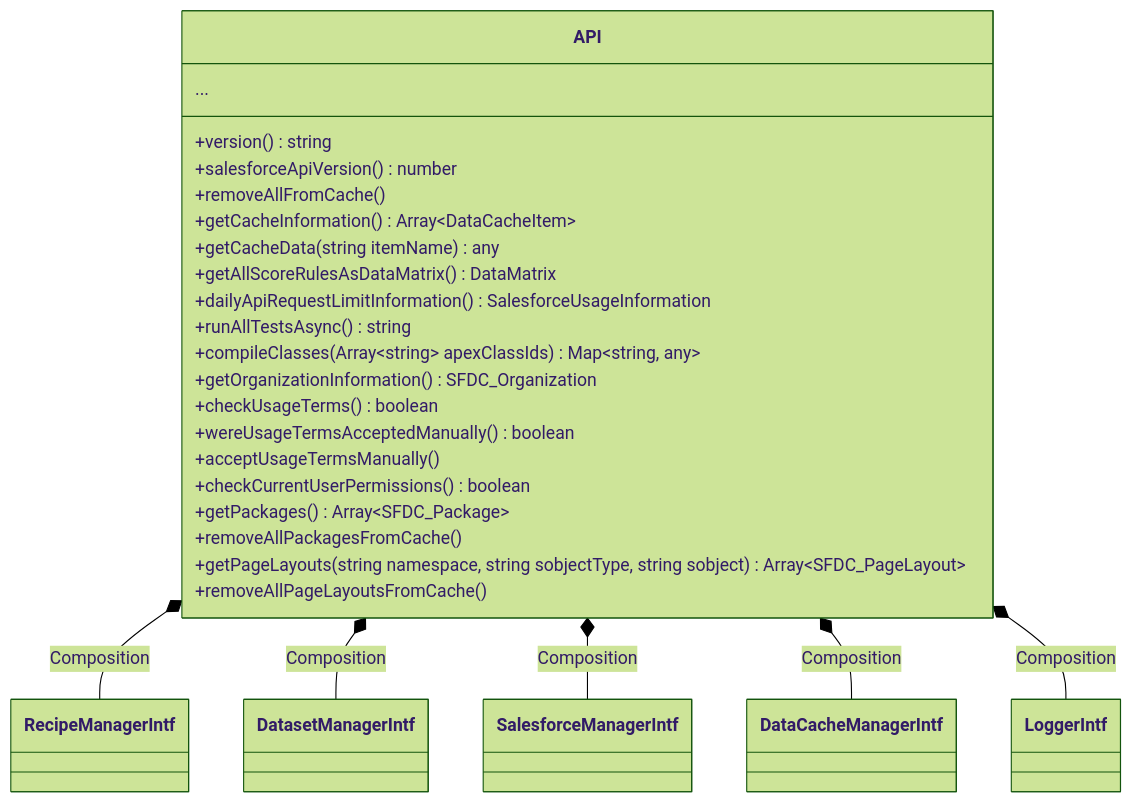
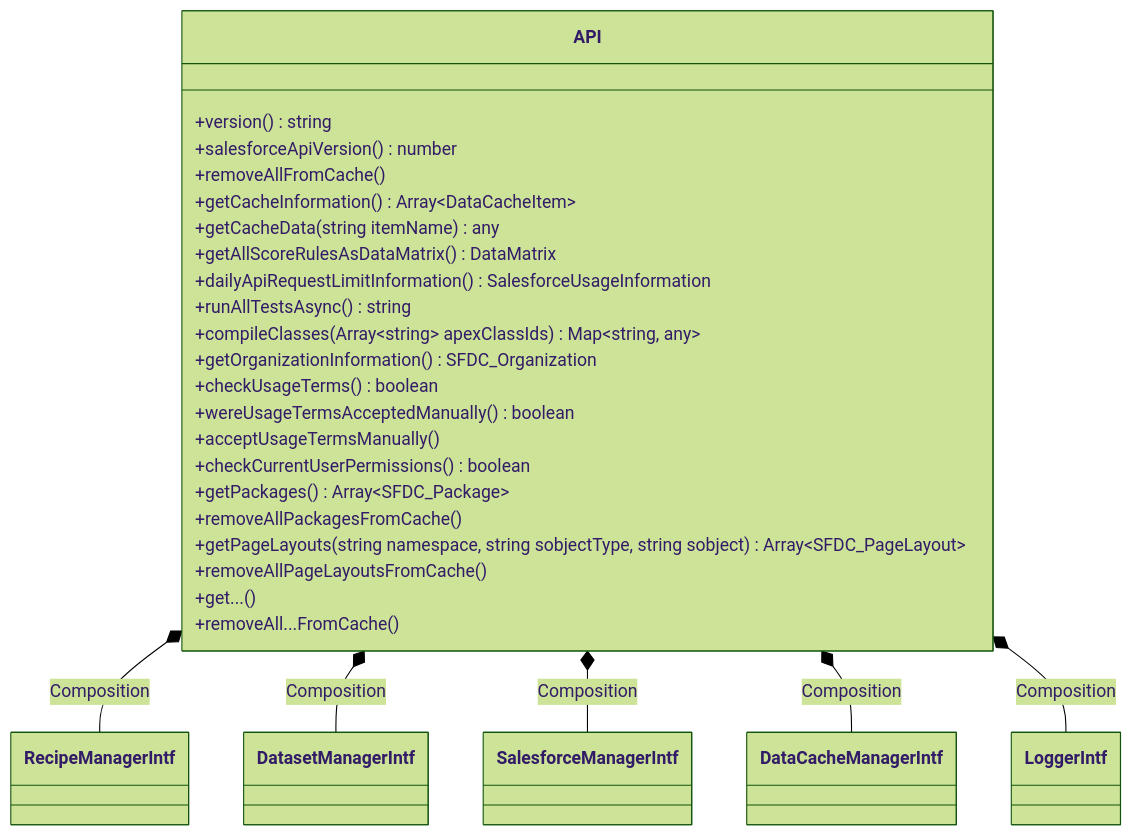
The first of 2 diagrams in docs/index8.classdiagram.md (SalesforceLabs/OrgCheck), drawn with Mermaid (forest theme) before and after one commit.

Commit message:
Update class diagram with new methods

````diff
--- a/docs/index8.classdiagram.md
+++ b/docs/index8.classdiagram.md
@@ -17,30 +17,31 @@
 ```mermaid
 classDiagram
     class API {
         +version() string
         +salesforceApiVersion() number
         +removeAllFromCache()
         +getCacheInformation() Array~DataCacheItem~
         +getCacheData(string itemName) any
         +getAllScoreRulesAsDataMatrix() DataMatrix
         +dailyApiRequestLimitInformation() SalesforceUsageInformation
         +runAllTestsAsync() string
         +compileClasses(Array~string~ apexClassIds) Map~string, any~
         +getOrganizationInformation() SFDC_Organization
         +checkUsageTerms() boolean
         +wereUsageTermsAcceptedManually() boolean
         +acceptUsageTermsManually()
         +checkCurrentUserPermissions() boolean
         +getPackages() Array~SFDC_Package~
         +removeAllPackagesFromCache()
         +getPageLayouts(string namespace, string sobjectType, string sobject) Array~SFDC_PageLayout~
         +removeAllPageLayoutsFromCache()
-        ...
+        +get...()
+        +removeAll...FromCache()
     }
 
 API *-- RecipeManagerIntf : Composition
 API *-- DatasetManagerIntf : Composition
 API *-- SalesforceManagerIntf : Composition
 API *-- DataCacheManagerIntf : Composition
 API *-- LoggerIntf : Composition
 ```
````
